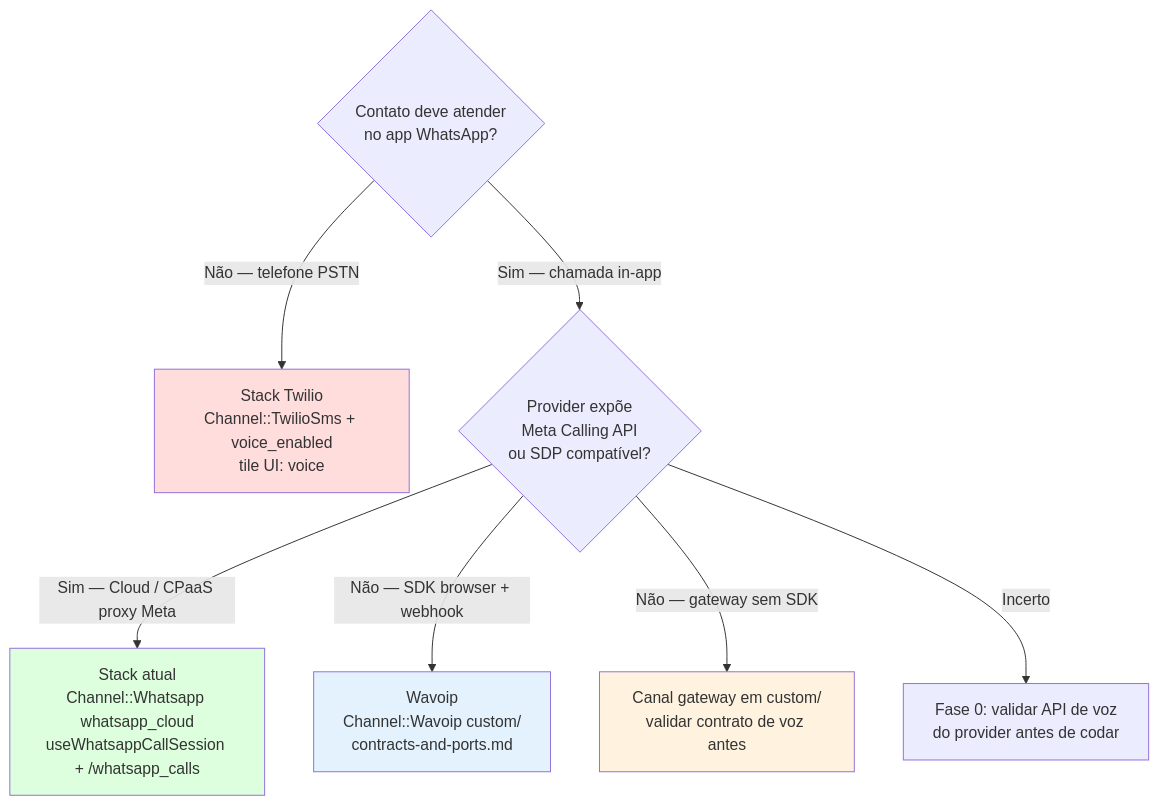
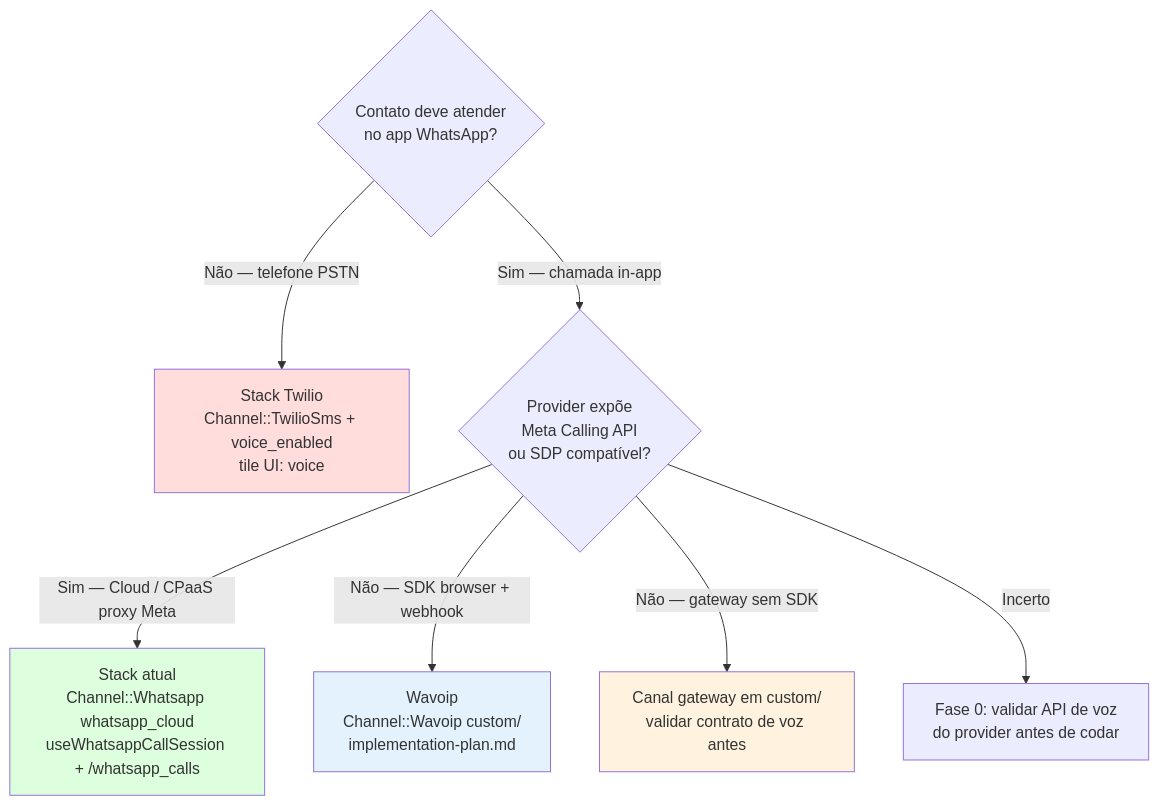
The diagram in doc/feature/whatsapp-voice/README.md (cesar-carlos/chatwoot), drawn with Mermaid before and after one commit. The commit also changed other lines of this file and 25 other files, not shown here.

````diff
--- a/doc/feature/whatsapp-voice/README.md
+++ b/doc/feature/whatsapp-voice/README.md
@@ -24,15 +24,15 @@
 ```mermaid
 flowchart TD
   Q1{"Contato deve atender<br/>no app WhatsApp?"}
   Q1 -->|Não — telefone PSTN| T["Stack Twilio<br/>Channel::TwilioSms + voice_enabled<br/>tile UI: voice"]
   Q1 -->|Sim — chamada in-app| Q2{"Provider expõe<br/>Meta Calling API<br/>ou SDP compatível?"}
   Q2 -->|Sim — Cloud / CPaaS proxy Meta| M["Stack atual<br/>Channel::Whatsapp whatsapp_cloud<br/>useWhatsappCallSession + /whatsapp_calls"]
-  Q2 -->|Não — SDK browser + webhook| W["Wavoip<br/>Channel::Wavoip custom/<br/>contracts-and-ports.md"]
+  Q2 -->|Não — SDK browser + webhook| W["Wavoip<br/>Channel::Wavoip custom/<br/>implementation-plan.md"]
   Q2 -->|Não — gateway sem SDK| G["Canal gateway em custom/<br/>validar contrato de voz antes"]
   Q2 -->|Incerto| V["Fase 0: validar API de voz<br/>do provider antes de codar"]
 
   style M fill:#dfd
   style W fill:#e3f2fd
   style T fill:#fdd
   style G fill:#fff3e0
 ```
````
